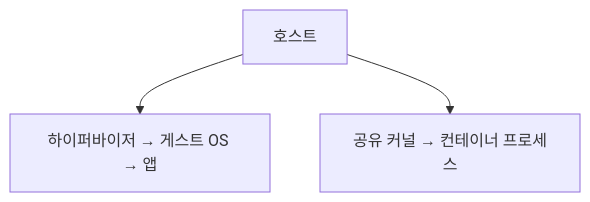
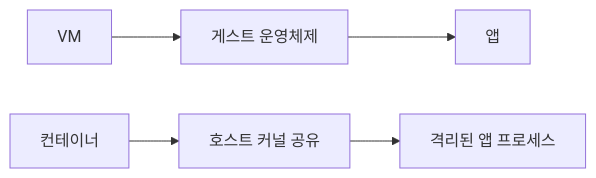
One commit to moocongpapa/it-study changed the diagram in content/topics/vm-vs-containers.md. Above: the diagram before and after it, drawn with Mermaid. The commit also changed other lines of this file and 71 other files, not shown here.

````diff
--- a/content/topics/vm-vs-containers.md
+++ b/content/topics/vm-vs-containers.md
@@ -6,5 +20,5 @@
 ```mermaid
-flowchart TD
-  H["호스트"] --> V["하이퍼바이저 → 게스트 OS → 앱"]
-  H --> K["공유 커널 → 컨테이너 프로세스"]
+flowchart LR
+ A["VM"] --> B["게스트 운영체제"] --> C["앱"]
+ D["컨테이너"] --> E["호스트 커널 공유"] --> F["격리된 앱 프로세스"]
 ```
````
